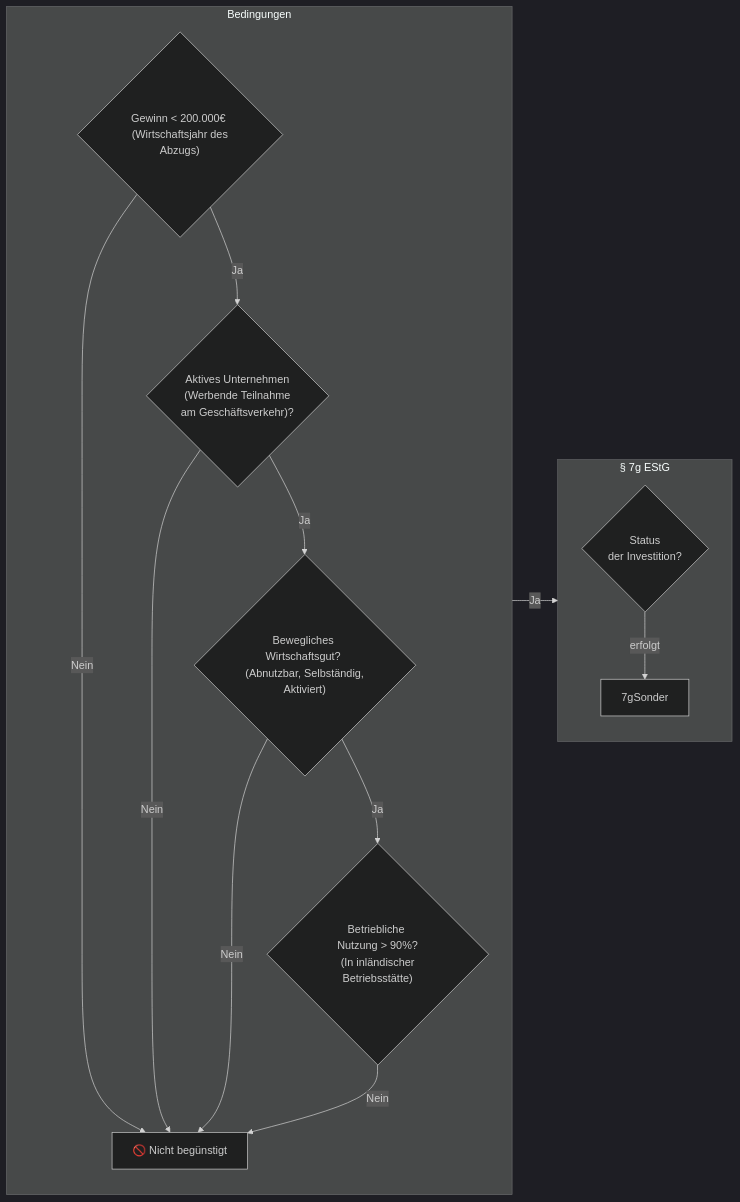
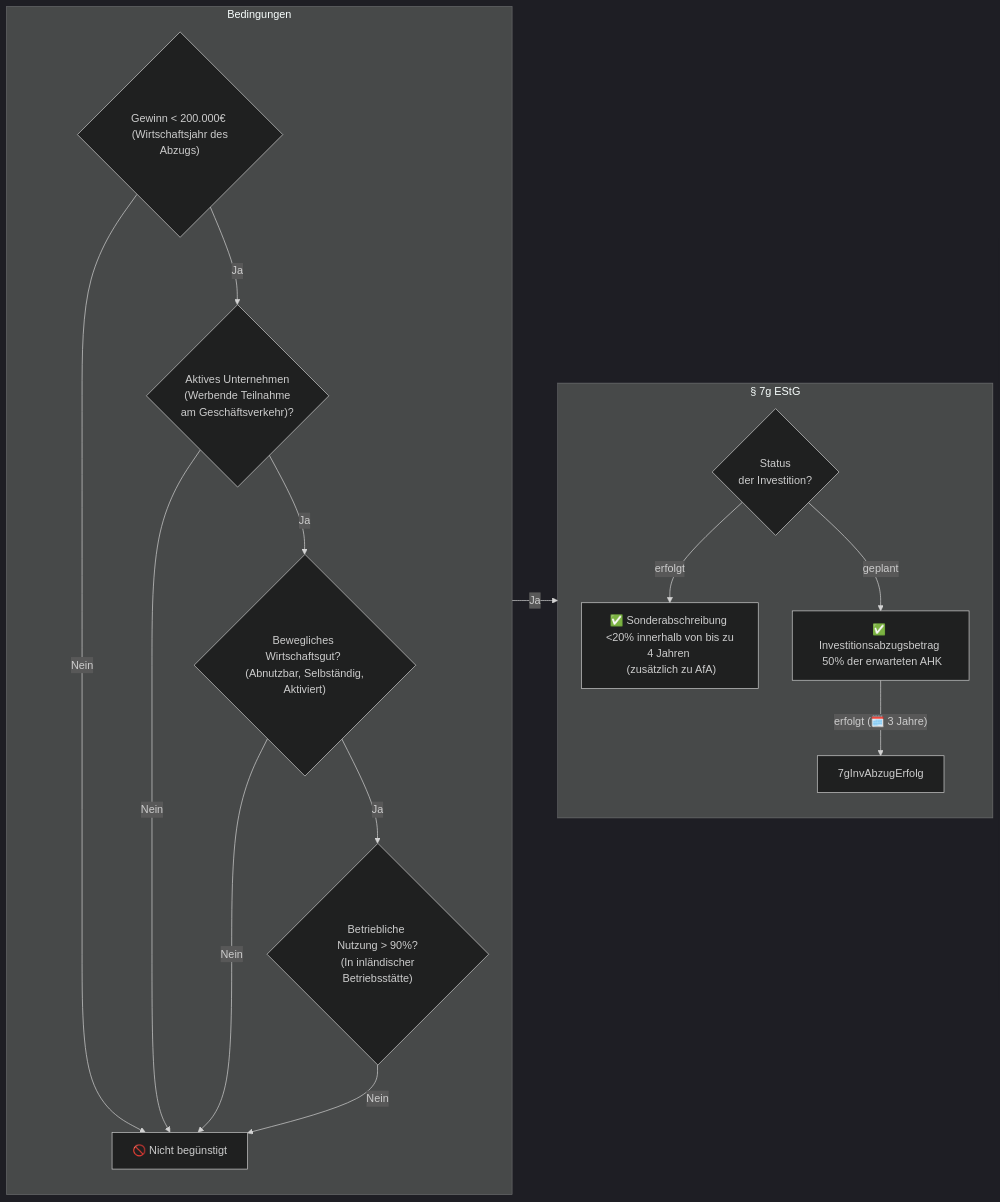
One commit to maxheld83/steuerFlow changed the seventh of 7 diagrams in README.md. Above: the diagram before and after it, drawn with Mermaid (dark theme).

Commit message:
bin search

````diff
--- a/README.md
+++ b/README.md
@@ -60,23 +60,27 @@
 ```mermaid
 graph LR;
   subgraph Bedingungen;
     direction TB;
     istKMU{"Gewinn < 200.000€ \n (Wirtschaftsjahr des Abzugs)"};
     istKMU -- Nein --> keineSA["🚫 Nicht begünstigt"];
     istKMU -- Ja --> istAktiv;
     istAktiv{"Aktives Unternehmen \n (Werbende Teilnahme \n am Geschäftsverkehr)?"};
     istAktiv -- Nein --> keineSA;
     istAktiv -- Ja --> istBeweg;
     istBeweg{"Bewegliches Wirtschaftsgut? \n (Abnutzbar, Selbständig, Aktiviert)"};
     istBeweg -- Nein --> keineSA;
     istBeweg -- Ja --> ist90;
     ist90{"Betriebliche \n Nutzung > 90%? \n (In inländischer Betriebsstätte)"};
     ist90 -- Nein --> keineSA;
   end;
   subgraph EStG7g ["§ 7g EStG"];
     direction TB;
     ist90 -- Ja --> statusInv;
     statusInv{"Status \n der Investition?"};
     statusInv -- erfolgt --> 7gSonder;
+    7gSonder["✅ Sonderabschreibung \n <20% innerhalb von bis zu 4 Jahren \n (zusätzlich zu AfA)"];
+    statusInv -- geplant --> 7gInvAbzug;
+    7gInvAbzug["✅ Investitionsabzugsbetrag \n 50% der erwarteten AHK "];
+    7gInvAbzug -- erfolgt (🗓️ 3 Jahre) --> 7gInvAbzugErfolg;
   end;
 ```
````
